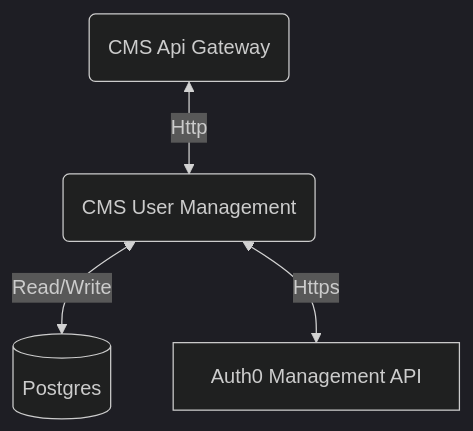
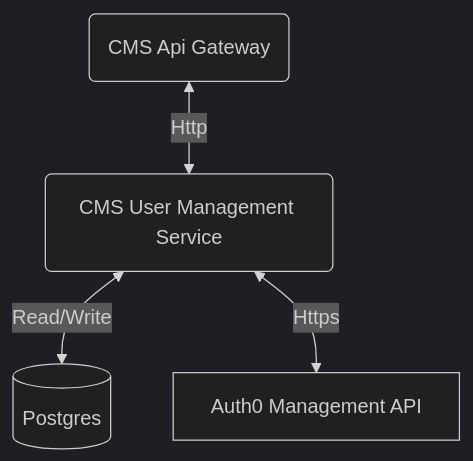
One commit to tlis-radio/cms-user-management-service changed the diagram in README.md. Above: the diagram before and after it, drawn with Mermaid (dark theme).

````diff
--- a/README.md
+++ b/README.md
@@ -11,6 +11,6 @@
 ```mermaid
 flowchart TD
-    A(CMS Api Gateway) <-->|Http| U(CMS User Management)
+    A(CMS Api Gateway) <-->|Http| U(CMS User Management Service)
     U <-->|Read/Write| D[(Postgres)]
     U <-->|Https| Auth[Auth0 Management API]
 ```
````
